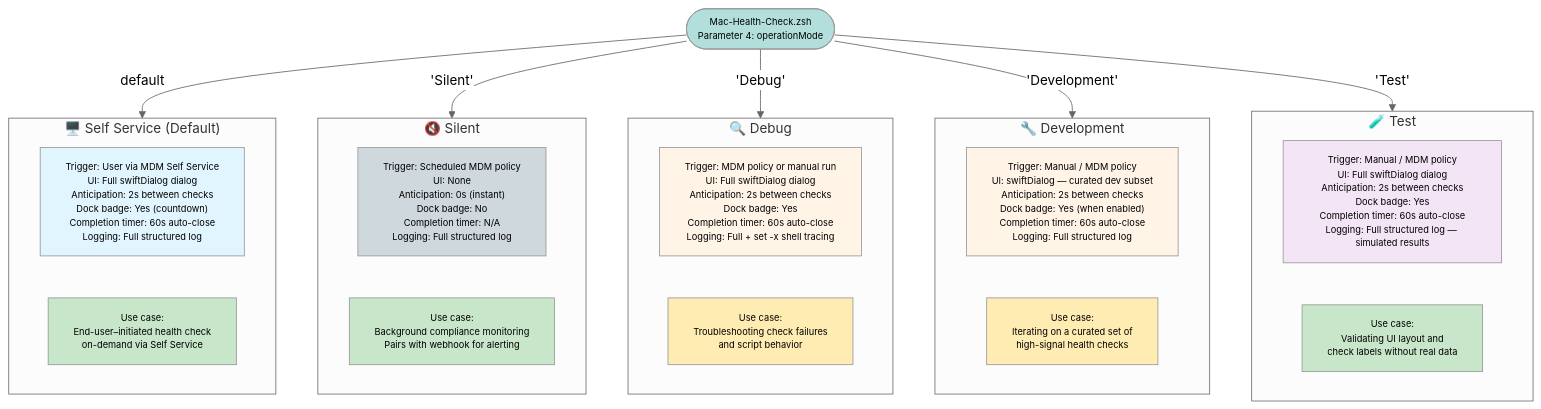
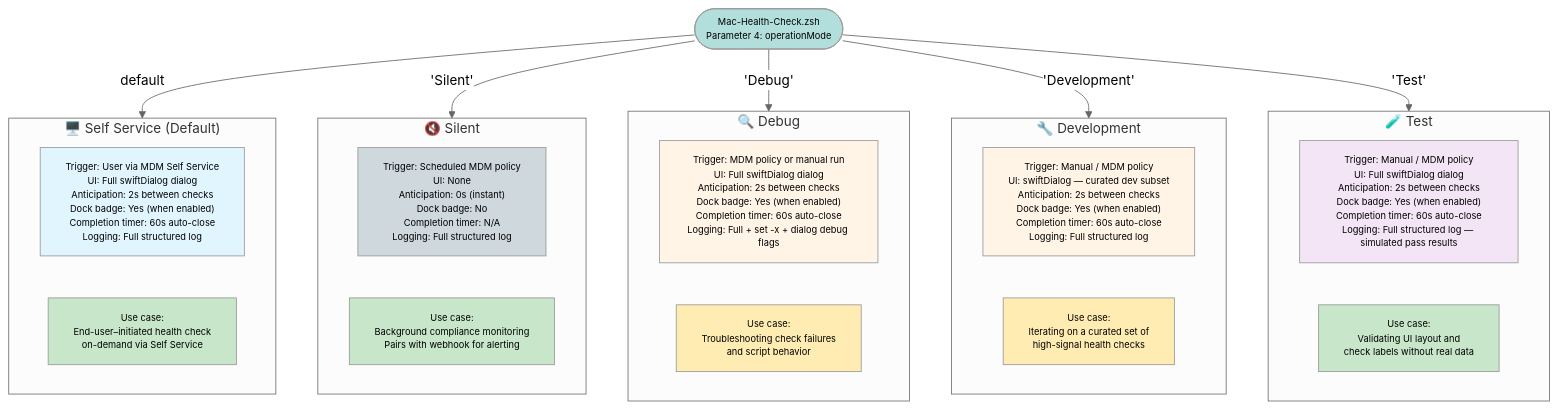
The diagram in Diagrams/05-operation-modes.md (dan-snelson/Mac-Health-Check), drawn with Mermaid (neutral theme) before and after one commit. The commit also changed other lines of this file and 15 other files, not shown here.

````diff
--- a/Diagrams/05-operation-modes.md
+++ b/Diagrams/05-operation-modes.md
@@ -5,54 +5,54 @@
 ```mermaid
 graph TB
     ENTRY(["Mac-Health-Check.zsh<br>Parameter 4: operationMode"])
 
     subgraph SelfService["🖥️ Self Service (Default)"]
-        SS_DESC["Trigger: User via MDM Self Service<br>UI: Full swiftDialog dialog<br>Anticipation: 2s between checks<br>Dock badge: Yes (countdown)<br>Completion timer: 60s auto-close<br>Logging: Full structured log"]
+        SS_DESC["Trigger: User via MDM Self Service<br>UI: Full swiftDialog dialog<br>Anticipation: 2s between checks<br>Dock badge: Yes (when enabled)<br>Completion timer: 60s auto-close<br>Logging: Full structured log"]
         SS_USE["Use case:<br>End-user–initiated health check<br>on-demand via Self Service"]
 
         style SS_DESC fill:#e1f5ff
         style SS_USE fill:#c8e6c9
     end
 
     subgraph Silent["🔇 Silent"]
         SL_DESC["Trigger: Scheduled MDM policy<br>UI: None<br>Anticipation: 0s (instant)<br>Dock badge: No<br>Completion timer: N/A<br>Logging: Full structured log"]
         SL_USE["Use case:<br>Background compliance monitoring<br>Pairs with webhook for alerting"]
 
         style SL_DESC fill:#cfd8dc
         style SL_USE fill:#c8e6c9
     end
 
     subgraph Debug["🔍 Debug"]
-        DB_DESC["Trigger: MDM policy or manual run<br>UI: Full swiftDialog dialog<br>Anticipation: 2s between checks<br>Dock badge: Yes<br>Completion timer: 60s auto-close<br>Logging: Full + set -x shell tracing"]
+        DB_DESC["Trigger: MDM policy or manual run<br>UI: Full swiftDialog dialog<br>Anticipation: 2s between checks<br>Dock badge: Yes (when enabled)<br>Completion timer: 60s auto-close<br>Logging: Full + set -x + dialog debug flags"]
         DB_USE["Use case:<br>Troubleshooting check failures<br>and script behavior"]
 
         style DB_DESC fill:#fff4e6
         style DB_USE fill:#ffecb3
     end
 
     subgraph Development["🔧 Development"]
         DV_DESC["Trigger: Manual / MDM policy<br>UI: swiftDialog — curated dev subset<br>Anticipation: 2s between checks<br>Dock badge: Yes (when enabled)<br>Completion timer: 60s auto-close<br>Logging: Full structured log"]
         DV_USE["Use case:<br>Iterating on a curated set of<br>high-signal health checks"]
 
         style DV_DESC fill:#fff4e6
         style DV_USE fill:#ffecb3
     end
 
     subgraph Test["🧪 Test"]
-        TS_DESC["Trigger: Manual / MDM policy<br>UI: Full swiftDialog dialog<br>Anticipation: 2s between checks<br>Dock badge: Yes<br>Completion timer: 60s auto-close<br>Logging: Full structured log — simulated results"]
+        TS_DESC["Trigger: Manual / MDM policy<br>UI: Full swiftDialog dialog<br>Anticipation: 2s between checks<br>Dock badge: Yes (when enabled)<br>Completion timer: 60s auto-close<br>Logging: Full structured log — simulated pass results"]
         TS_USE["Use case:<br>Validating UI layout and<br>check labels without real data"]
 
         style TS_DESC fill:#f3e5f5
         style TS_USE fill:#c8e6c9
     end
 
     ENTRY -->|default| SelfService
     ENTRY -->|"'Silent'"| Silent
     ENTRY -->|"'Debug'"| Debug
     ENTRY -->|"'Development'"| Development
     ENTRY -->|"'Test'"| Test
 
     style ENTRY fill:#b2dfdb
 
     classDef default font-size:11px
 ```
````
